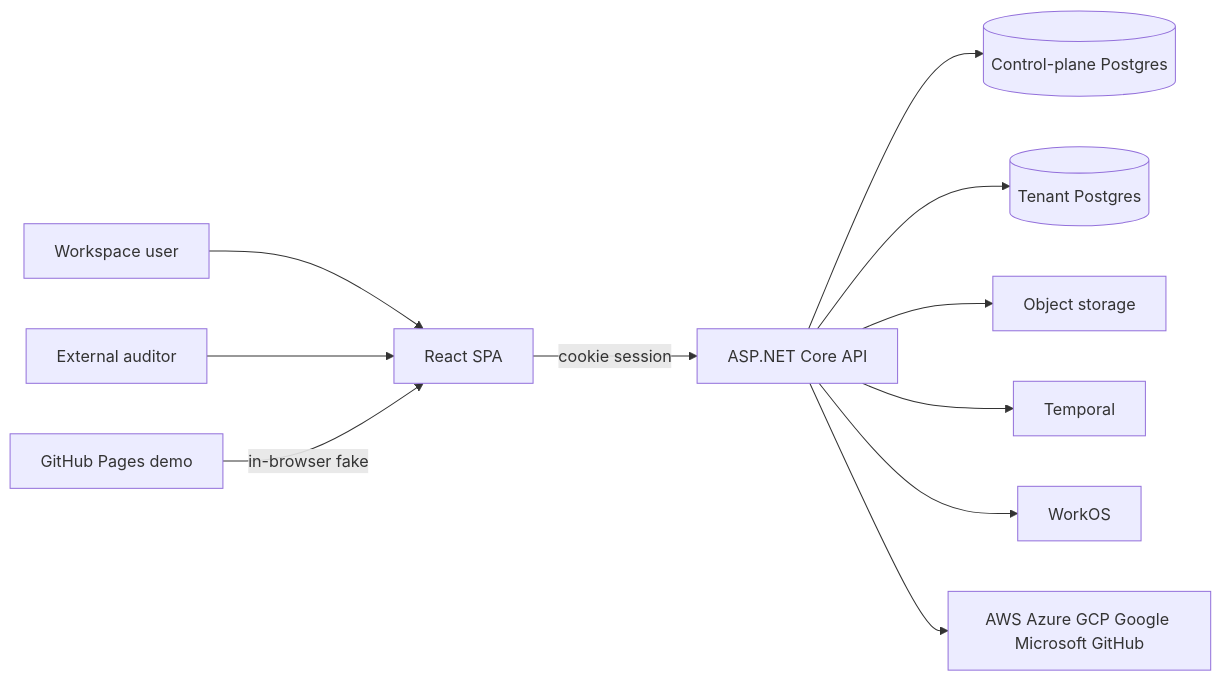
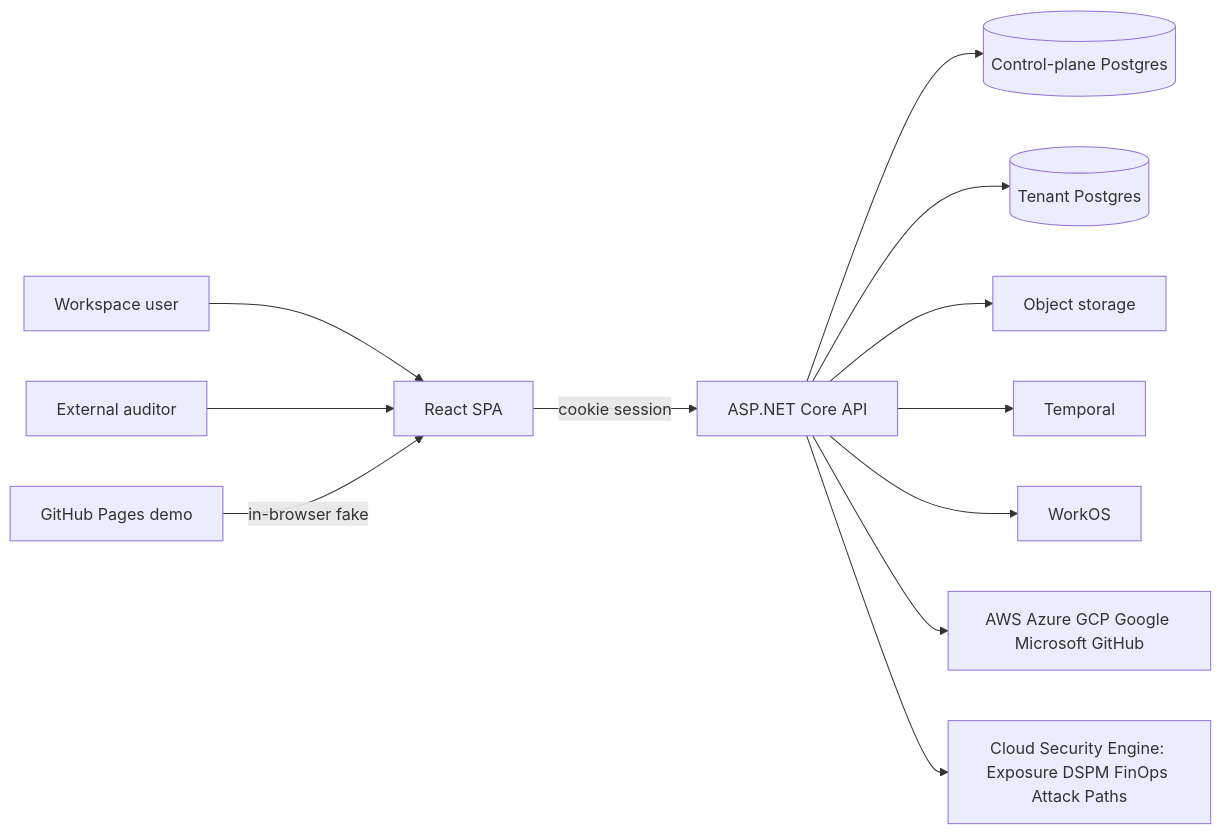
One commit to cvpeceee/D2DAuditServices changed the first of 5 diagrams in docs/ARCHITECTURE.md. Above: the diagram before and after it, drawn with Mermaid. The commit also changed other lines of this file and 29 other files, not shown here.

Commit message:
M8: Cloud Security Intelligence (Exposure + IaC, SARIF/Secrets, DSPM, FinOps, Attack Paths)

````diff
--- a/docs/ARCHITECTURE.md
+++ b/docs/ARCHITECTURE.md
@@ -7,25 +7,27 @@
 ```mermaid
 flowchart LR
   user[Workspace user]
   auditor[External auditor]
   spa[React SPA]
   pages[GitHub Pages demo]
   api[ASP.NET Core API]
   control[(Control-plane Postgres)]
   tenant[(Tenant Postgres)]
   store[Object storage]
   temporal[Temporal]
   workos[WorkOS]
   clouds[AWS Azure GCP Google Microsoft GitHub]
+  cspm[Cloud Security Engine: Exposure DSPM FinOps Attack Paths]
 
   user --> spa
   auditor --> spa
   spa -->|cookie session| api
   pages -->|in-browser fake| spa
   api --> control
   api --> tenant
   api --> store
   api --> temporal
   api --> workos
   api --> clouds
+  api --> cspm
 ```
````
